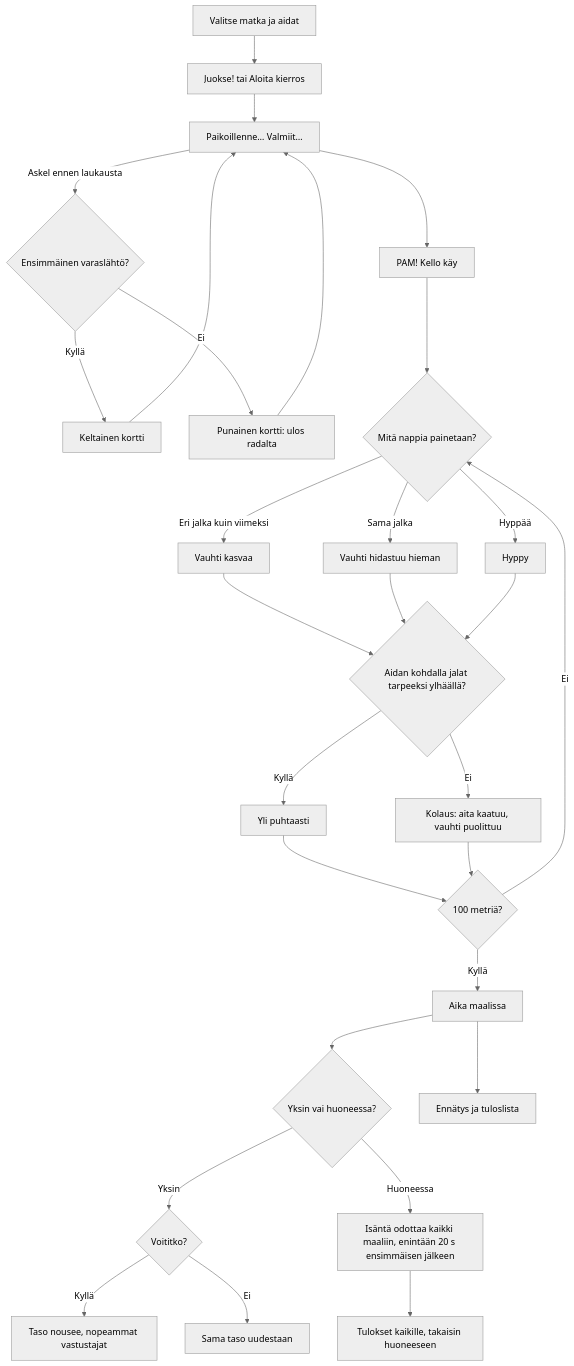
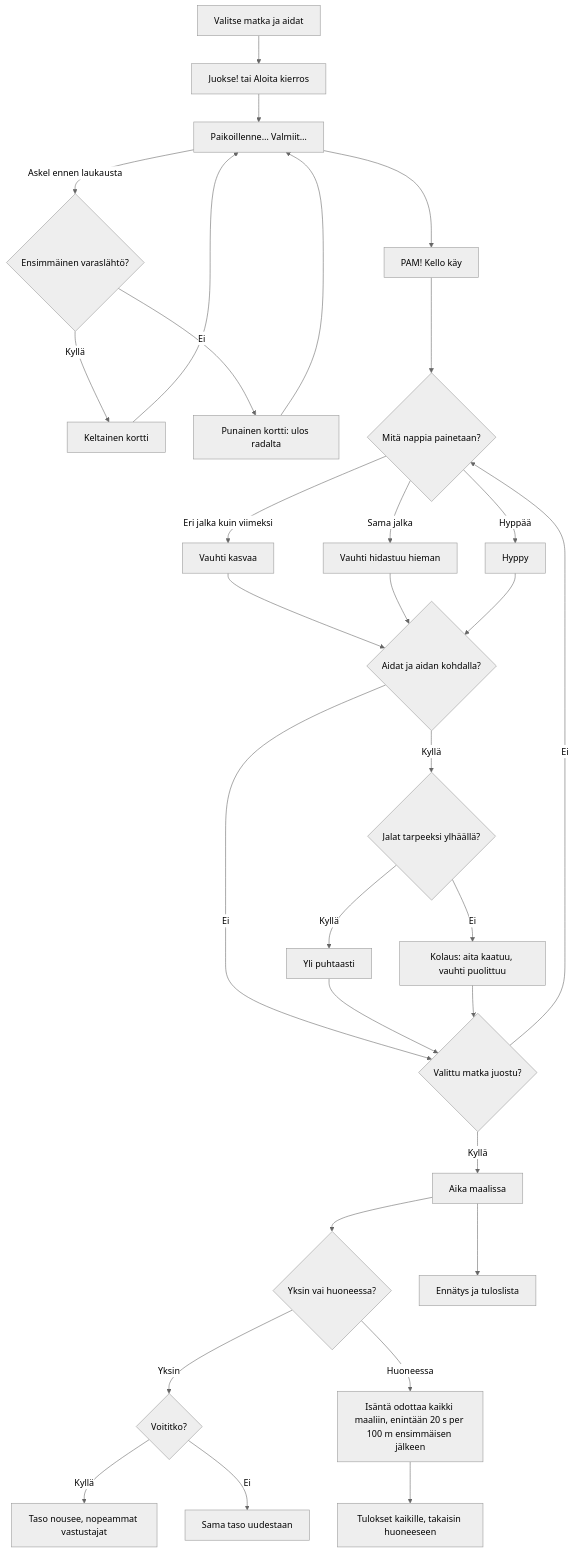
The diagram in docs/diagrams/aitajuoksu.md (eerovil/ai-pelit), drawn with Mermaid (neutral theme) before and after one commit. The commit also changed other lines of this file and 2 other files, not shown here.

Commit message:
Aitajuoksu v3: a new race pick clears the last result; diagram follows the chosen race (#87)

````diff
--- a/docs/diagrams/aitajuoksu.md
+++ b/docs/diagrams/aitajuoksu.md
@@ -11,37 +11,39 @@
 ```mermaid
 flowchart TD
   V[Valitse matka ja aidat] --> A[Juokse! tai Aloita kierros]
   A --> B[Paikoillenne… Valmiit…]
   B --> C[PAM! Kello käy]
   B -- Askel ennen laukausta --> FS{Ensimmäinen varaslähtö?}
   FS -- Kyllä --> YC[Keltainen kortti]
   FS -- Ei --> RC[Punainen kortti: ulos radalta]
   YC --> B
   RC --> B
   C --> D{Mitä nappia painetaan?}
   D -- Eri jalka kuin viimeksi --> E[Vauhti kasvaa]
   D -- Sama jalka --> F[Vauhti hidastuu hieman]
   D -- Hyppää --> G[Hyppy]
-  E --> H{Aidan kohdalla jalat tarpeeksi ylhäällä?}
-  F --> H
-  G --> H
+  E --> HA{Aidat ja aidan kohdalla?}
+  F --> HA
+  G --> HA
+  HA -- Ei --> K{Valittu matka juostu?}
+  HA -- Kyllä --> H{Jalat tarpeeksi ylhäällä?}
   H -- Kyllä --> I[Yli puhtaasti]
   H -- Ei --> J[Kolaus: aita kaatuu, vauhti puolittuu]
-  I --> K{100 metriä?}
+  I --> K
   J --> K
   K -- Ei --> D
   K -- Kyllä --> L[Aika maalissa]
   L --> M{Yksin vai huoneessa?}
   M -- Yksin --> N{Voititko?}
   N -- Kyllä --> O[Taso nousee, nopeammat vastustajat]
   N -- Ei --> P[Sama taso uudestaan]
-  M -- Huoneessa --> Q[Isäntä odottaa kaikki maaliin, enintään 20 s ensimmäisen jälkeen]
+  M -- Huoneessa --> Q[Isäntä odottaa kaikki maaliin, enintään 20 s per 100 m ensimmäisen jälkeen]
   Q --> R[Tulokset kaikille, takaisin huoneeseen]
   L --> S[Ennätys ja tuloslista]
   class V,A,B,C,D blue
-  class H,K,M,N,FS,YC amber
+  class HA,H,K,M,N,FS,YC amber
   class E,F,G,I teal
   class Q,R violet
   class L,O,S green
   class J,P,RC rose
 ```
````
